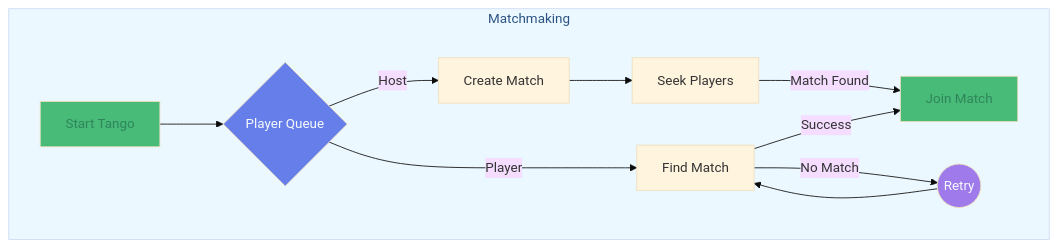
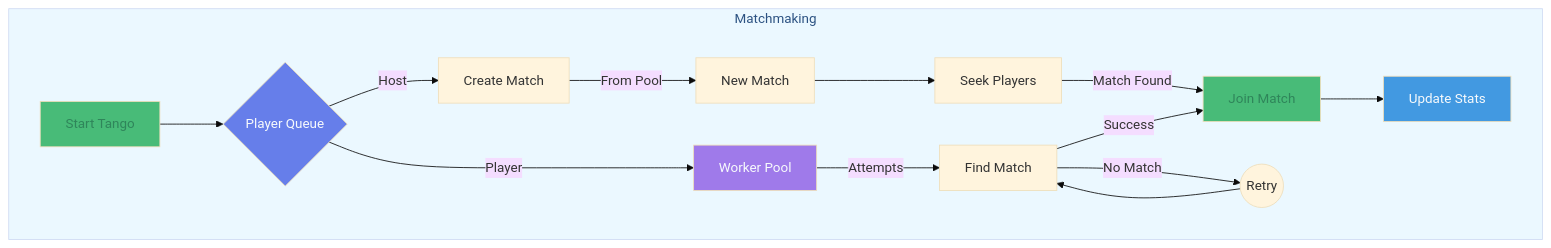
One commit to alesr/tango changed the first of 2 diagrams in README.md. Above: the diagram before and after it, drawn with Mermaid. The commit also changed other lines of this file and 3 other files, not shown here.

Commit message:
Update README to include load testing details and enhance matchmaking flow diagrams; modify .gitignore to include load test reports

````diff
--- a/README.md
+++ b/README.md
@@ -35,20 +40,28 @@
 ```mermaid
 %%{init: {'theme': 'base', 'themeVariables': { 'fontFamily': 'arial', 'fontSize': '16px', 'textColor': '#2A4365' }}}%%
 flowchart TB
     subgraph Matchmaking
         Start[Start Tango] --> Queue{Player Queue}
         Queue -->|Host| CreateMatch[Create Match]
-        CreateMatch --> SeekPlayers[Seek Players]
-        Queue -->|Player| FindMatch[Find Match]
+        Queue -->|Player| WorkerPool[Worker Pool]
+        
+        CreateMatch -->|From Pool| NewMatch[New Match]
+        NewMatch --> SeekPlayers[Seek Players]
+        
+        WorkerPool -->|Attempts| FindMatch[Find Match]
         FindMatch -->|Success| JoinMatch[Join Match]
-        FindMatch --> |No Match| Retry((Retry))
+        FindMatch -->|No Match| Retry((Retry))
         Retry --> FindMatch
+        
         SeekPlayers -->|Match Found| JoinMatch
+        
+        JoinMatch --> Stats[Update Stats]
     end
 
     style Start fill:#48BB78,color:#2F855A
     style Queue fill:#667EEA,color:#F7FAFC
+    style WorkerPool fill:#9F7AEA,color:#F7FAFC
     style JoinMatch fill:#48BB78,color:#2F855A
-    style Retry fill:#9F7AEA,color:#F7FAFC
+    style Stats fill:#4299E1,color:#F7FAFC
     style Matchmaking fill:#EBF8FF,color:#2C5282
 ```
````
